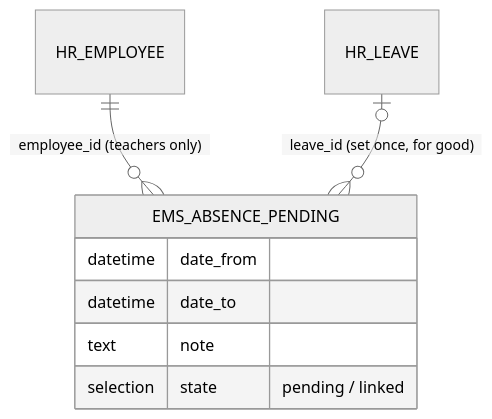
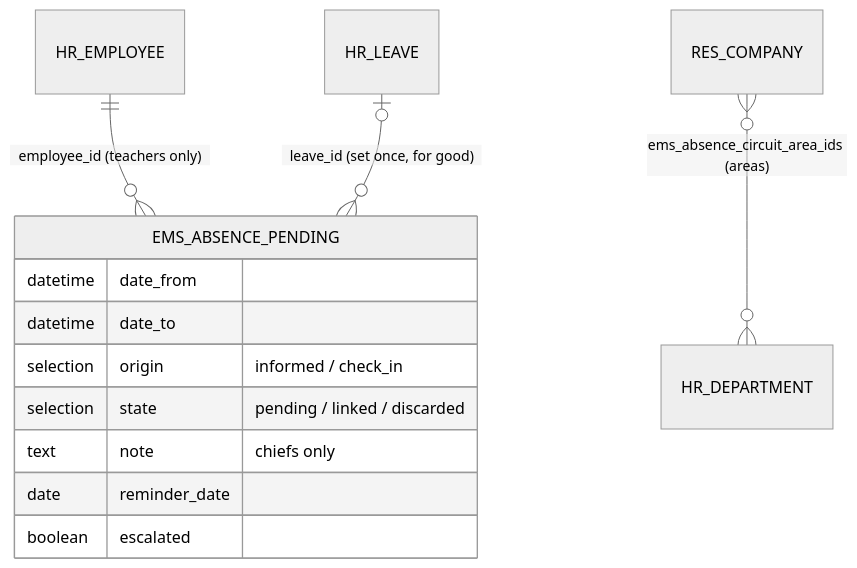
One commit to ElPuig/EMS changed the fourth of 9 diagrams in docs/en/developers/employees/absence.md. Above: the diagram before and after it, drawn with Mermaid (neutral theme). The commit also changed other lines of this file and 21 other files, not shown here.

````diff
--- a/docs/en/developers/employees/absence.md
+++ b/docs/en/developers/employees/absence.md
@@ -664,11 +676,15 @@
 ```mermaid
 erDiagram
     HR_EMPLOYEE ||--o{ EMS_ABSENCE_PENDING : "employee_id (teachers only)"
     HR_LEAVE |o--o{ EMS_ABSENCE_PENDING : "leave_id (set once, for good)"
+    RES_COMPANY }o--o{ HR_DEPARTMENT : "ems_absence_circuit_area_ids (areas)"
     EMS_ABSENCE_PENDING {
         datetime date_from
         datetime date_to
-        text note
-        selection state "pending / linked"
+        selection origin "informed / check_in"
+        selection state "pending / linked / discarded"
+        text note "chiefs only"
+        date reminder_date
+        boolean escalated
     }
 ```
````
